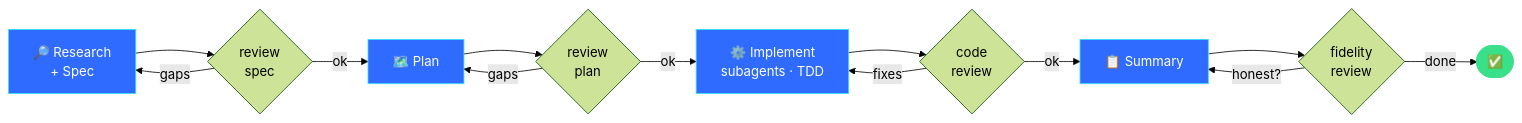
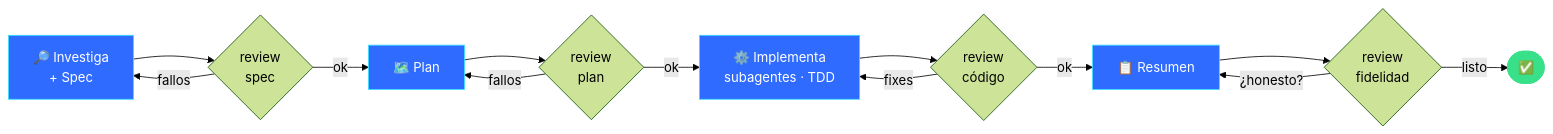
One commit to MarcArcherCiscar/Ares changed the first of 3 diagrams in README.md. Above: the diagram before and after it, drawn with Mermaid (forest theme). The commit also changed other lines of this file, not shown here.

````diff
--- a/README.md
+++ b/README.md
@@ -48,21 +48,21 @@
 ```mermaid
 flowchart LR
-    R["🔎 Research<br/>+ Spec"] --> RV1{"review<br/>spec"}
-    RV1 -->|gaps| R
+    R["🔎 Investiga<br/>+ Spec"] --> RV1{"review<br/>spec"}
+    RV1 -->|fallos| R
     RV1 -->|ok| P["🗺️ Plan"]
     P --> RV2{"review<br/>plan"}
-    RV2 -->|gaps| P
-    RV2 -->|ok| I["⚙️ Implement<br/>subagents · TDD"]
-    I --> RV3{"code<br/>review"}
+    RV2 -->|fallos| P
+    RV2 -->|ok| I["⚙️ Implementa<br/>subagentes · TDD"]
+    I --> RV3{"review<br/>código"}
     RV3 -->|fixes| I
-    RV3 -->|ok| S["📋 Summary"]
-    S --> RV4{"fidelity<br/>review"}
-    RV4 -->|honest?| S
-    RV4 -->|done| DONE(["✅"])
+    RV3 -->|ok| S["📋 Resumen"]
+    S --> RV4{"review<br/>fidelidad"}
+    RV4 -->|¿honesto?| S
+    RV4 -->|listo| DONE(["✅"])
 
     style R fill:#2F6BFF,color:#fff,stroke:#34E0FF
     style P fill:#2F6BFF,color:#fff,stroke:#34E0FF
     style I fill:#2F6BFF,color:#fff,stroke:#34E0FF
     style S fill:#2F6BFF,color:#fff,stroke:#34E0FF
     style DONE fill:#38E08A,color:#0B1220,stroke:#38E08A
 ```
````
